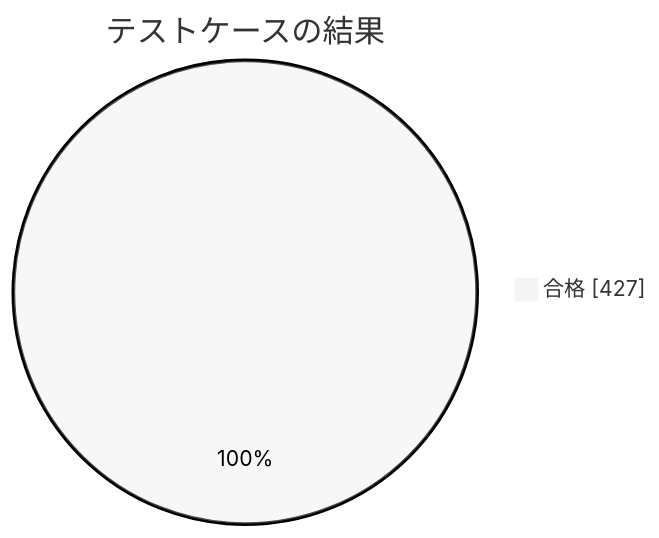
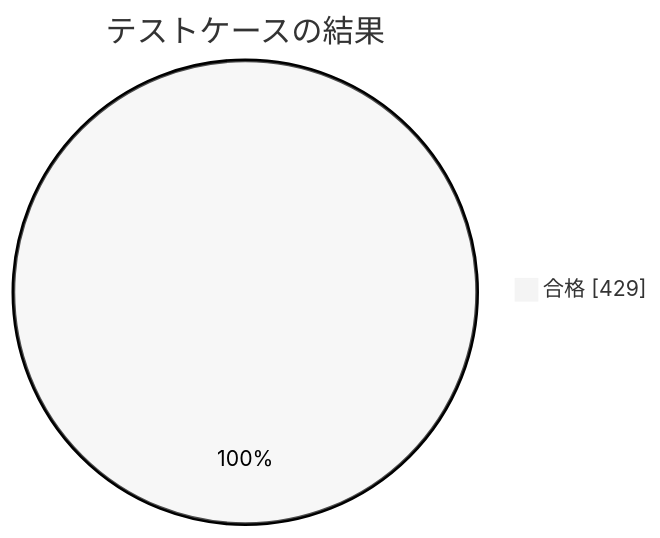
Before and after one commit to pocarialice/rpglearning: the second of 3 diagrams in documents/モジュールテスト結果報告書_RPG学習アプリ.md, drawn with Mermaid (neutral theme). The commit also changed other lines of this file and 1 other file, not shown here.

````diff
--- a/documents/モジュールテスト結果報告書_RPG学習アプリ.md
+++ b/documents/モジュールテスト結果報告書_RPG学習アプリ.md
@@ -60,4 +60,4 @@
 ```mermaid
 pie showData title テストケースの結果
-  "合格" : 427
+  "合格" : 429
 ```
````
